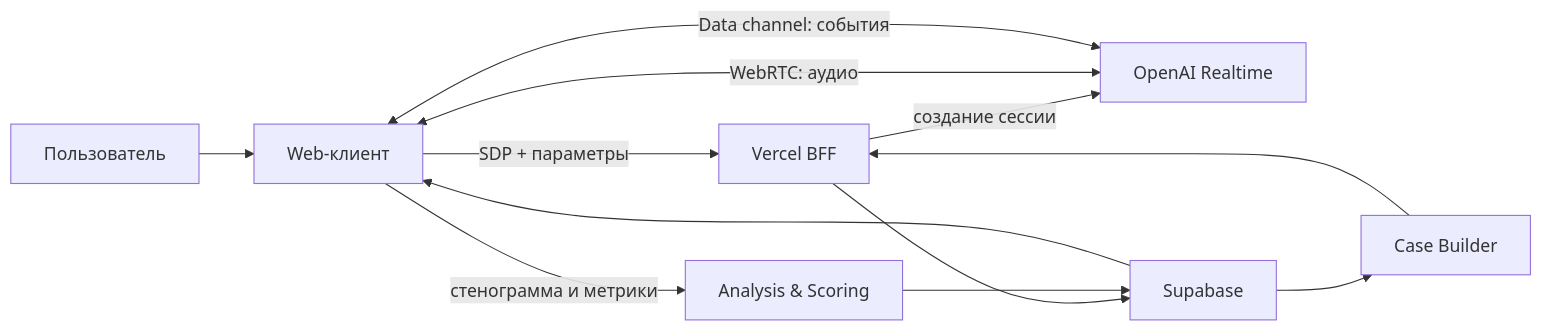
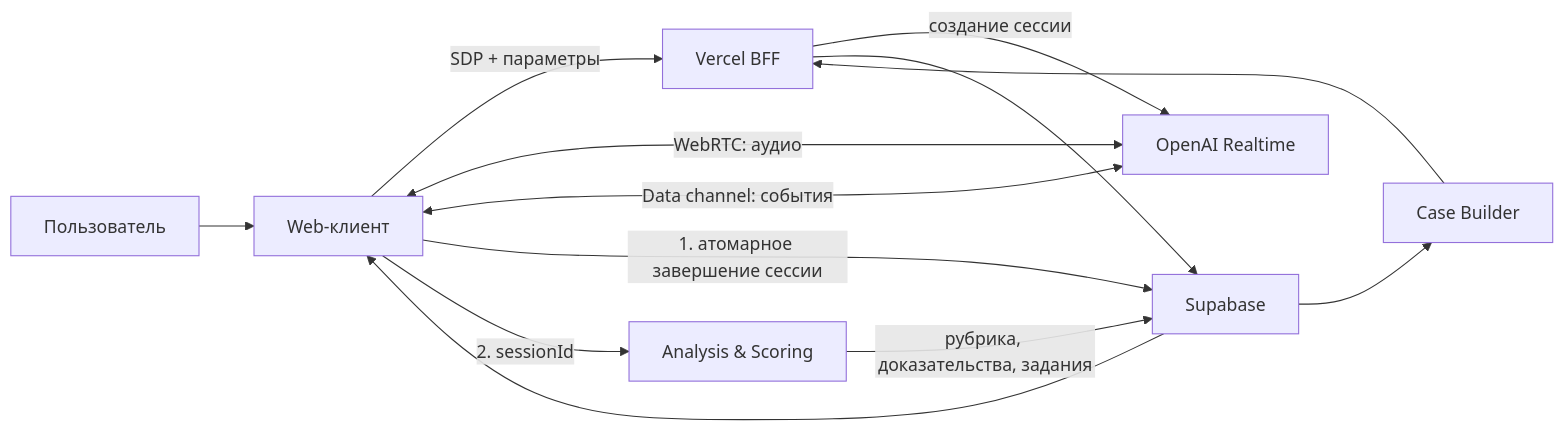
The diagram in docs/ARCHITECTURE.md (suezergut-sys/KORUS-NEGA-Coach), drawn with Mermaid before and after one commit. The commit also changed other lines of this file and 36 other files, not shown here.

````diff
--- a/docs/ARCHITECTURE.md
+++ b/docs/ARCHITECTURE.md
@@ -101,14 +101,15 @@
 ```mermaid
 flowchart LR
   U["Пользователь"] --> W["Web-клиент"]
   W -->|"SDP + параметры"| B["Vercel BFF"]
   B -->|"создание сессии"| R["OpenAI Realtime"]
   W <-->|"WebRTC: аудио"| R
   W <-->|"Data channel: события"| R
   B --> S["Supabase"]
   S --> C["Case Builder"]
   C --> B
-  W -->|"стенограмма и метрики"| A["Analysis & Scoring"]
-  A --> S
+  W -->|"1. атомарное завершение сессии"| S
+  W -->|"2. sessionId"| A["Analysis & Scoring"]
+  A -->|"рубрика, доказательства, задания"| S
   S --> W
 ```
````
